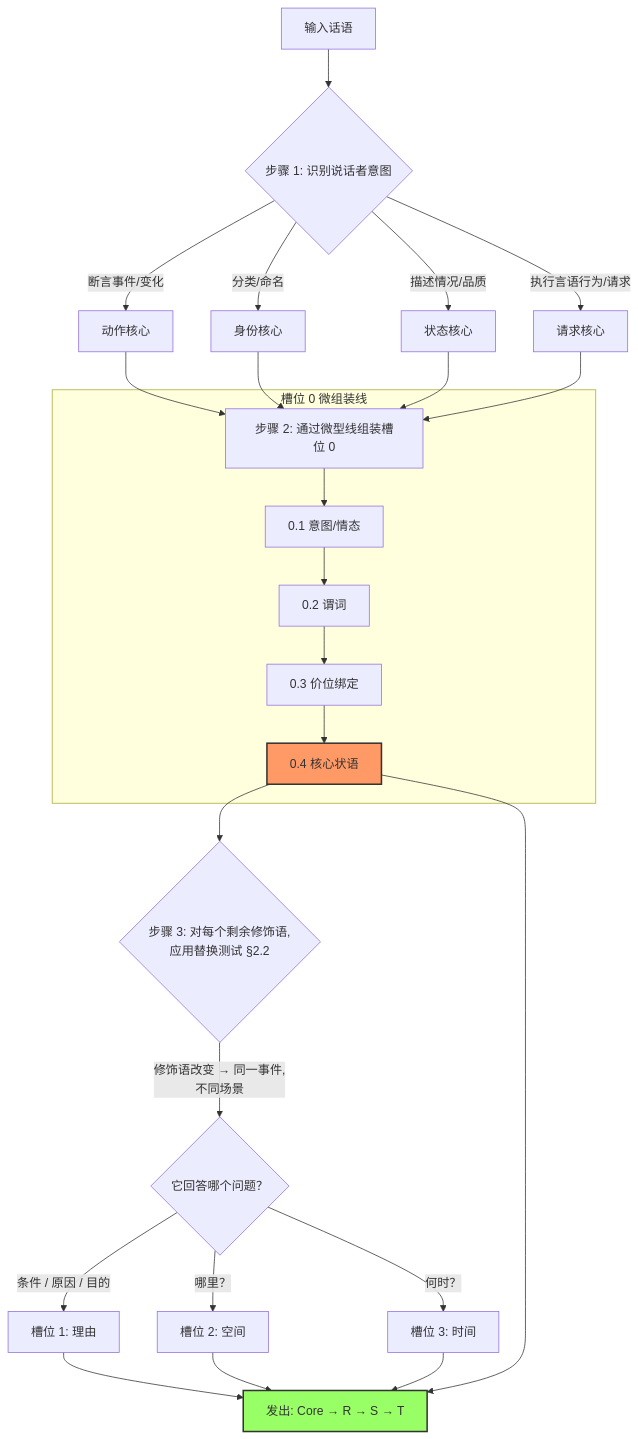
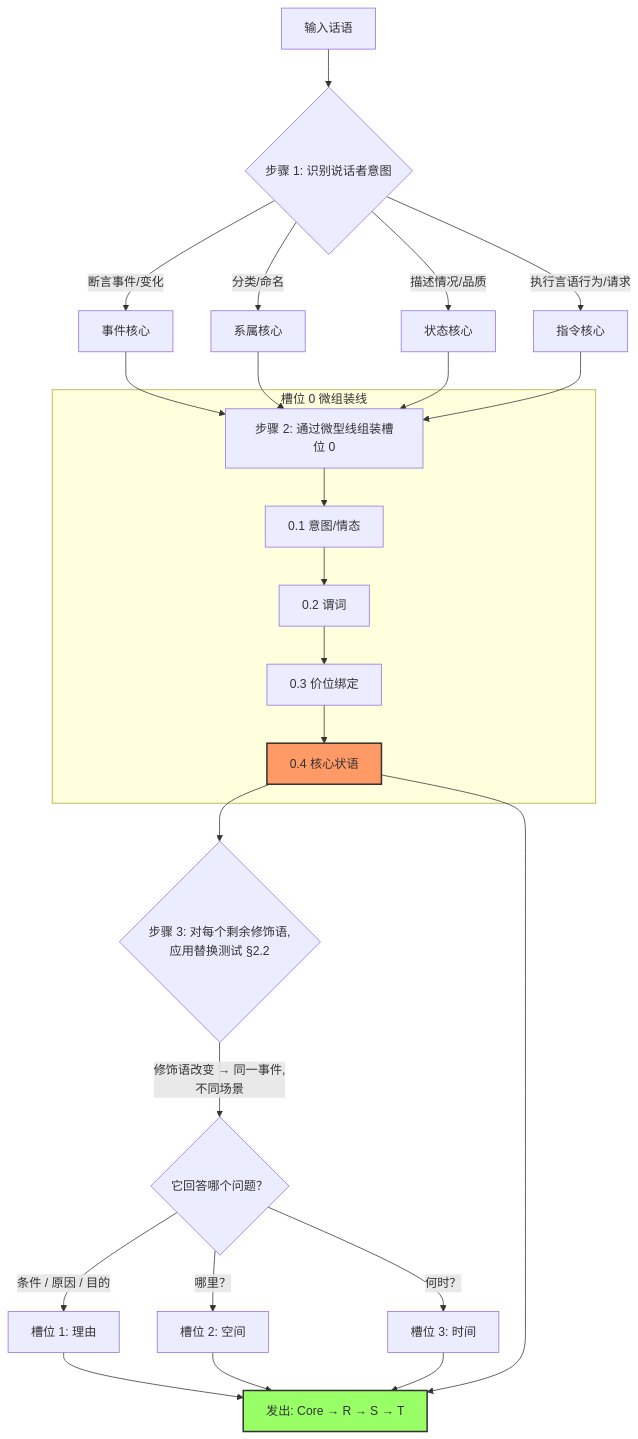
The third of 3 diagrams in docs/zh/foundations/core-concept.md (corefirst/cflt), drawn with Mermaid before and after one commit. The commit also changed other lines of this file and 26 other files, not shown here.

````diff
--- a/docs/zh/foundations/core-concept.md
+++ b/docs/zh/foundations/core-concept.md
@@ -484,35 +484,35 @@
 ```mermaid
 flowchart TD
     A[输入话语] --> B{步骤 1: 识别说话者意图}
-    B -->|断言事件/变化| C1[动作核心]
-    B -->|分类/命名| C2[身份核心]
+    B -->|断言事件/变化| C1[事件核心]
+    B -->|分类/命名| C2[系属核心]
     B -->|描述情况/品质| C3[状态核心]
-    B -->|执行言语行为/请求| C4[请求核心]
+    B -->|执行言语行为/请求| C4[指令核心]
 
     C1 --> D[步骤 2: 通过微型线组装槽位 0]
     C2 --> D
     C3 --> D
     C4 --> D
 
     subgraph "槽位 0 微组装线"
     D --> D1[0.1 意图/情态]
     D1 --> D2[0.2 谓词]
     D2 --> D3[0.3 价位绑定]
     D3 --> D4[0.4 核心状语]
     end
 
     D4 --> E{步骤 3: 对每个剩余修饰语,<br/>应用替换测试 §2.2}
     E -->|"修饰语改变 → 同一事件,<br/>不同场景"| G{它回答哪个问题？}
 
     G -->|条件 / 原因 / 目的| H1[槽位 1: 理由]
     G -->|哪里？| H2[槽位 2: 空间]
     G -->|何时？| H3[槽位 3: 时间]
 
     H1 --> J[发出: Core → R → S → T]
     H2 --> J
     H3 --> J
     D4 --> J
 
     style D4 fill:#f96,stroke:#333,stroke-width:2px
     style J fill:#9f6,stroke:#333,stroke-width:2px
 ```
````
